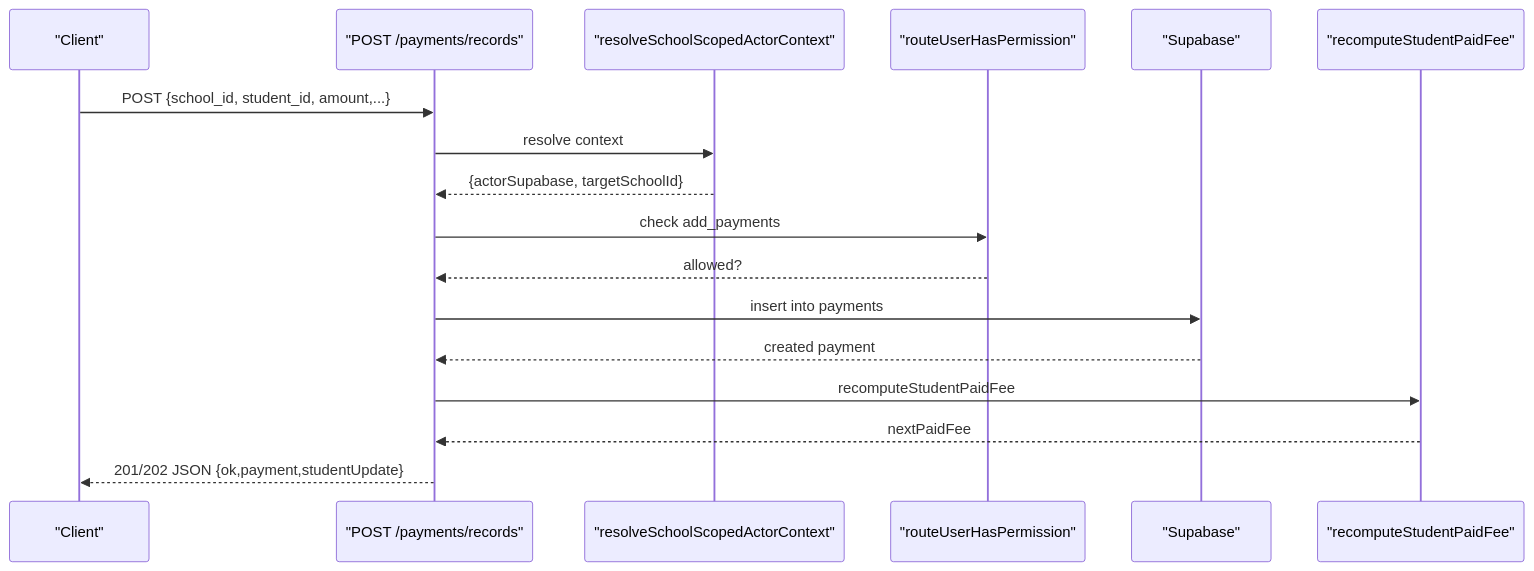
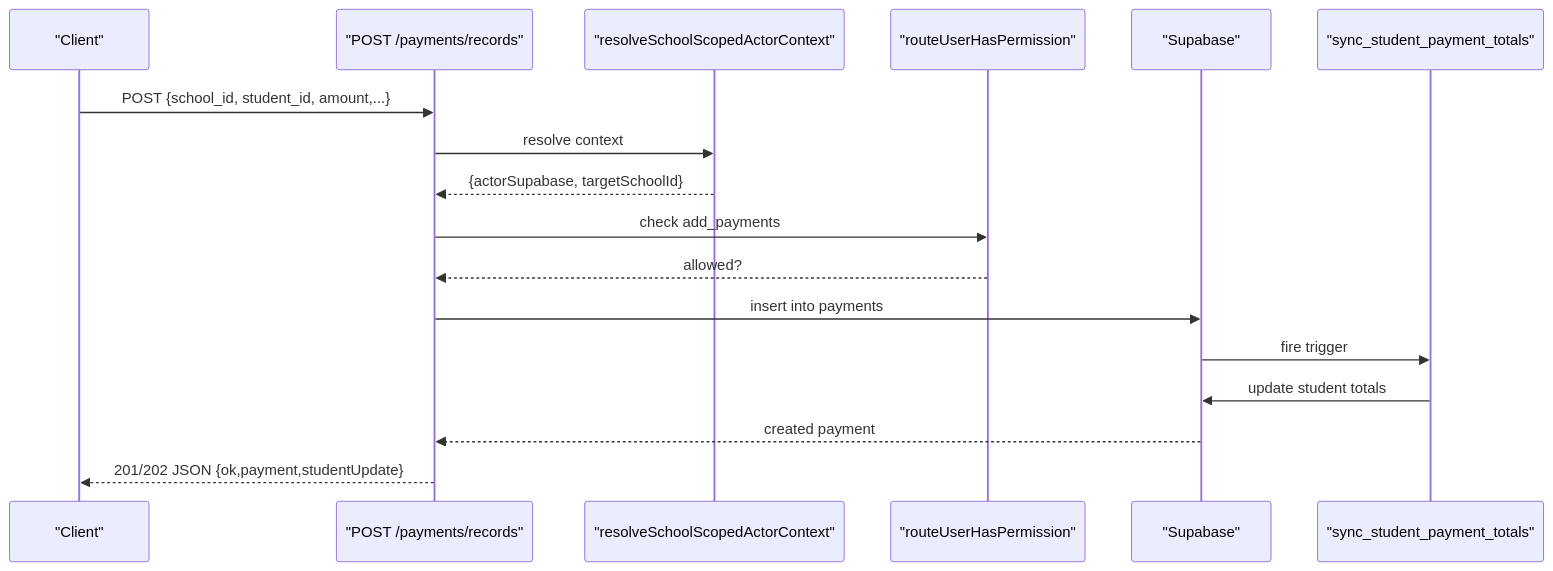
The fourth of 7 diagrams in .qoder/repowiki/en/content/API Reference/Financial Operations API.md (mustafaalkusaj/appschoolmustafa2002), drawn with Mermaid before and after one commit. The commit also changed other lines of this file and 32884 other files, not shown here.

````diff
--- a/.qoder/repowiki/en/content/API Reference/Financial Operations API.md
+++ b/.qoder/repowiki/en/content/API Reference/Financial Operations API.md
@@ -227,19 +295,19 @@
 ```mermaid
 sequenceDiagram
 participant Client as "Client"
 participant Handler as "POST /payments/records"
 participant Auth as "resolveSchoolScopedActorContext"
 participant Perm as "routeUserHasPermission"
 participant DB as "Supabase"
-participant Sync as "recomputeStudentPaidFee"
+participant Trigger as "sync_student_payment_totals"
 Client->>Handler : POST {school_id, student_id, amount,...}
 Handler->>Auth : resolve context
 Auth-->>Handler : {actorSupabase, targetSchoolId}
 Handler->>Perm : check add_payments
 Perm-->>Handler : allowed?
 Handler->>DB : insert into payments
+DB->>Trigger : fire trigger
+Trigger->>DB : update student totals
 DB-->>Handler : created payment
-Handler->>Sync : recomputeStudentPaidFee
-Sync-->>Handler : nextPaidFee
 Handler-->>Client : 201/202 JSON {ok,payment,studentUpdate}
 ```
````
